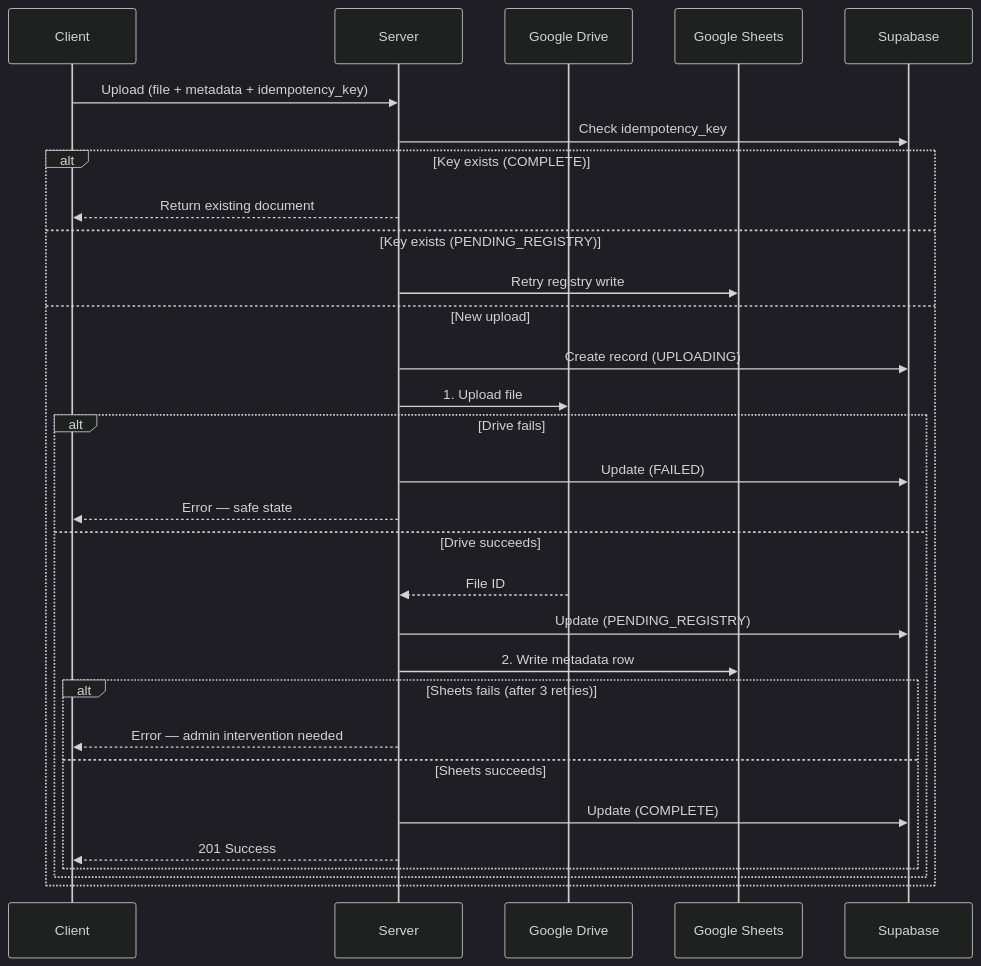
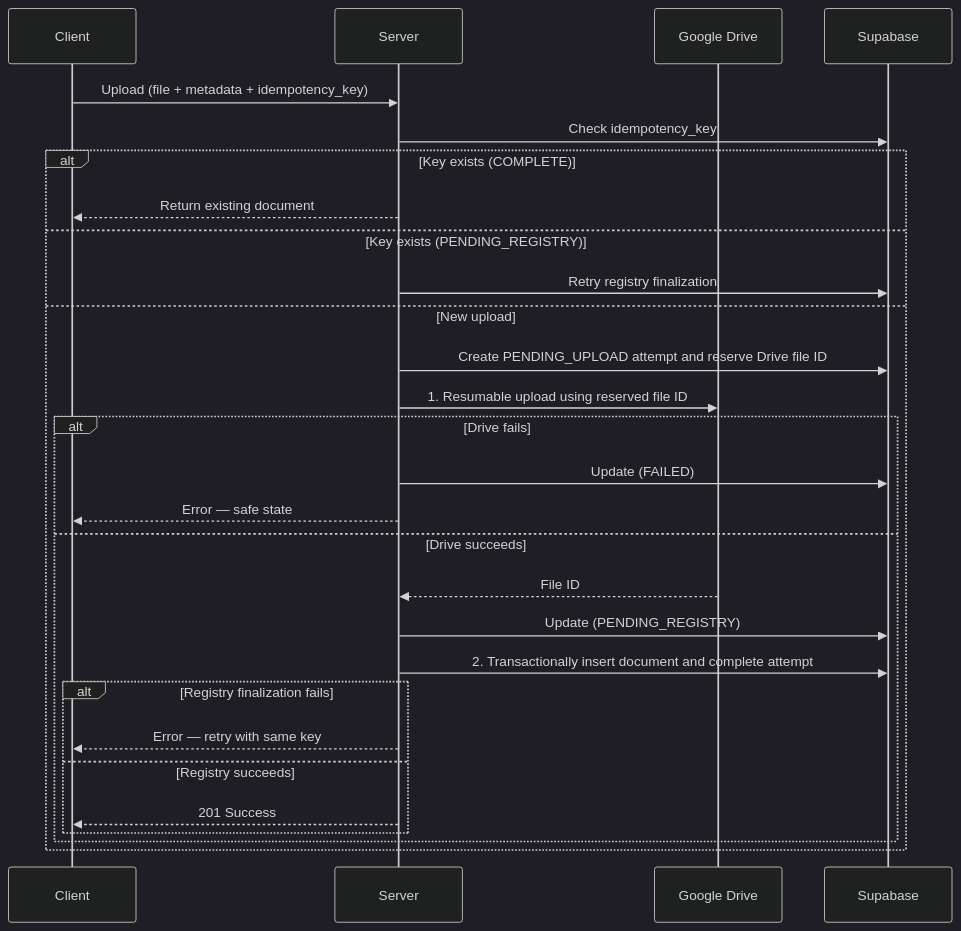
Before and after one commit to kurisujon/kwd-document-center: the second of 2 diagrams in docs/05-system-architecture.md, drawn with Mermaid (dark theme). The commit also changed other lines of this file and 46 other files, not shown here.

Commit message:
feat(admin): implement Phase 3 document uploads and Drive storage

````diff
--- a/docs/05-system-architecture.md
+++ b/docs/05-system-architecture.md
@@ -91,33 +92,31 @@
 ```mermaid
 sequenceDiagram
     participant C as Client
     participant S as Server
     participant D as Google Drive
-    participant G as Google Sheets
     participant DB as Supabase
 
     C->>S: Upload (file + metadata + idempotency_key)
     S->>DB: Check idempotency_key
     alt Key exists (COMPLETE)
         S-->>C: Return existing document
     else Key exists (PENDING_REGISTRY)
-        S->>G: Retry registry write
+        S->>DB: Retry registry finalization
     else New upload
-        S->>DB: Create record (UPLOADING)
-        S->>D: 1. Upload file
+        S->>DB: Create PENDING_UPLOAD attempt and reserve Drive file ID
+        S->>D: 1. Resumable upload using reserved file ID
         alt Drive fails
             S->>DB: Update (FAILED)
             S-->>C: Error — safe state
         else Drive succeeds
             D-->>S: File ID
             S->>DB: Update (PENDING_REGISTRY)
-            S->>G: 2. Write metadata row
-            alt Sheets fails (after 3 retries)
-                S-->>C: Error — admin intervention needed
-            else Sheets succeeds
-                S->>DB: Update (COMPLETE)
+            S->>DB: 2. Transactionally insert document and complete attempt
+            alt Registry finalization fails
+                S-->>C: Error — retry with same key
+            else Registry succeeds
                 S-->>C: 201 Success
             end
         end
     end
 ```
````
